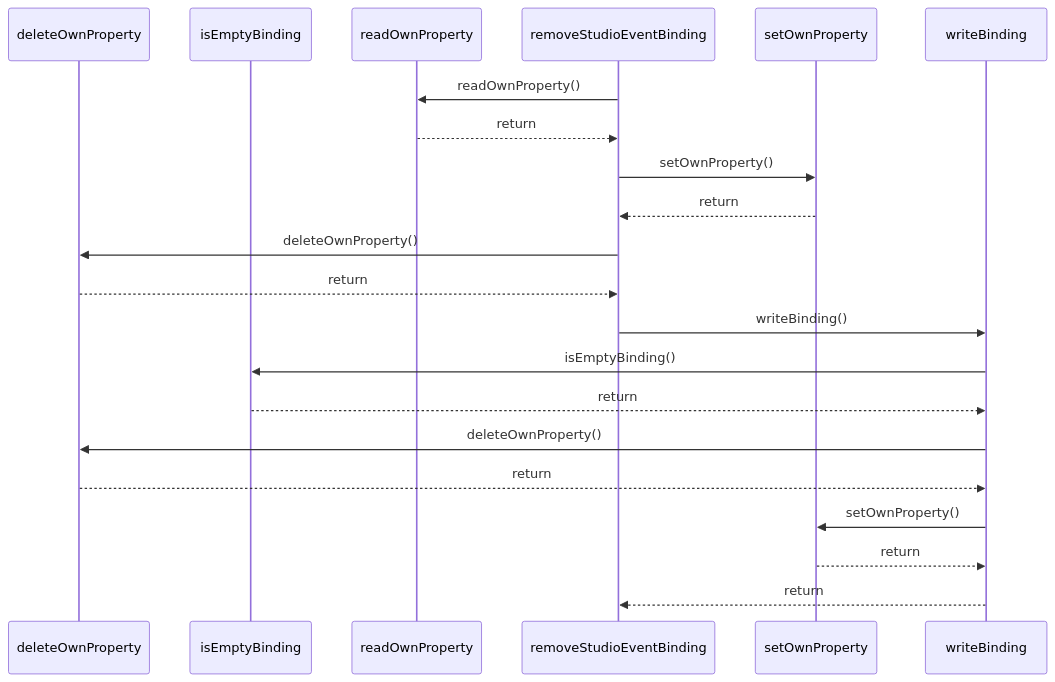
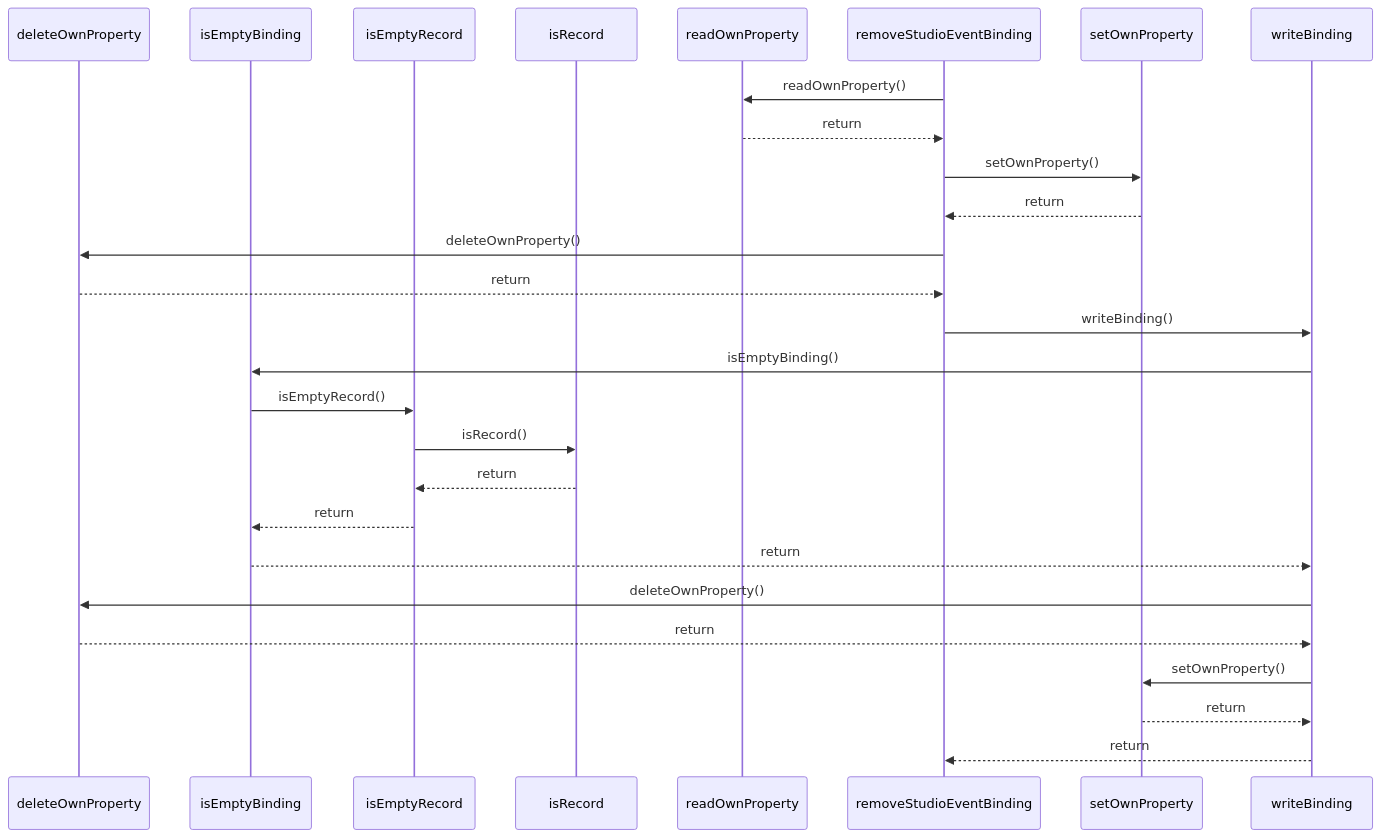
Before and after one commit to ankhorage/studio: the diagram in paradox/diagrams/sequences/remove-studio-event-binding.mmd, drawn with Mermaid. The commit also changed 57 other files, not shown here.

```diff
--- a/paradox/diagrams/sequences/remove-studio-event-binding.mmd
+++ b/paradox/diagrams/sequences/remove-studio-event-binding.mmd
@@ -1,21 +1,27 @@
 sequenceDiagram
   participant participant_deleteOwnProperty as deleteOwnProperty
   participant participant_isEmptyBinding as isEmptyBinding
+  participant participant_isEmptyRecord as isEmptyRecord
+  participant participant_isRecord as isRecord
   participant participant_readOwnProperty as readOwnProperty
   participant participant_removeStudioEventBinding as removeStudioEventBinding
   participant participant_setOwnProperty as setOwnProperty
   participant participant_writeBinding as writeBinding
   participant_removeStudioEventBinding->>participant_readOwnProperty: readOwnProperty()
   participant_readOwnProperty-->>participant_removeStudioEventBinding: return
   participant_removeStudioEventBinding->>participant_setOwnProperty: setOwnProperty()
   participant_setOwnProperty-->>participant_removeStudioEventBinding: return
   participant_removeStudioEventBinding->>participant_deleteOwnProperty: deleteOwnProperty()
   participant_deleteOwnProperty-->>participant_removeStudioEventBinding: return
   participant_removeStudioEventBinding->>participant_writeBinding: writeBinding()
   participant_writeBinding->>participant_isEmptyBinding: isEmptyBinding()
+  participant_isEmptyBinding->>participant_isEmptyRecord: isEmptyRecord()
+  participant_isEmptyRecord->>participant_isRecord: isRecord()
+  participant_isRecord-->>participant_isEmptyRecord: return
+  participant_isEmptyRecord-->>participant_isEmptyBinding: return
   participant_isEmptyBinding-->>participant_writeBinding: return
   participant_writeBinding->>participant_deleteOwnProperty: deleteOwnProperty()
   participant_deleteOwnProperty-->>participant_writeBinding: return
   participant_writeBinding->>participant_setOwnProperty: setOwnProperty()
   participant_setOwnProperty-->>participant_writeBinding: return
   participant_writeBinding-->>participant_removeStudioEventBinding: return
```
